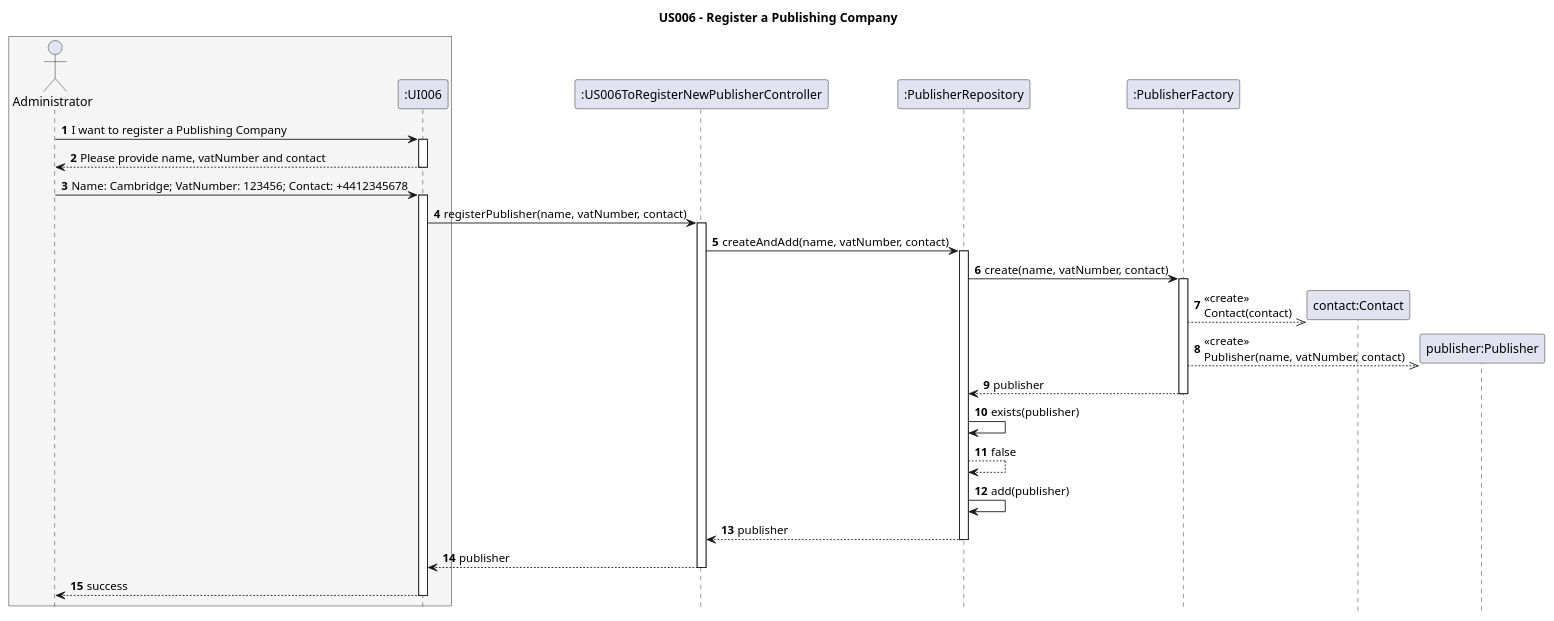
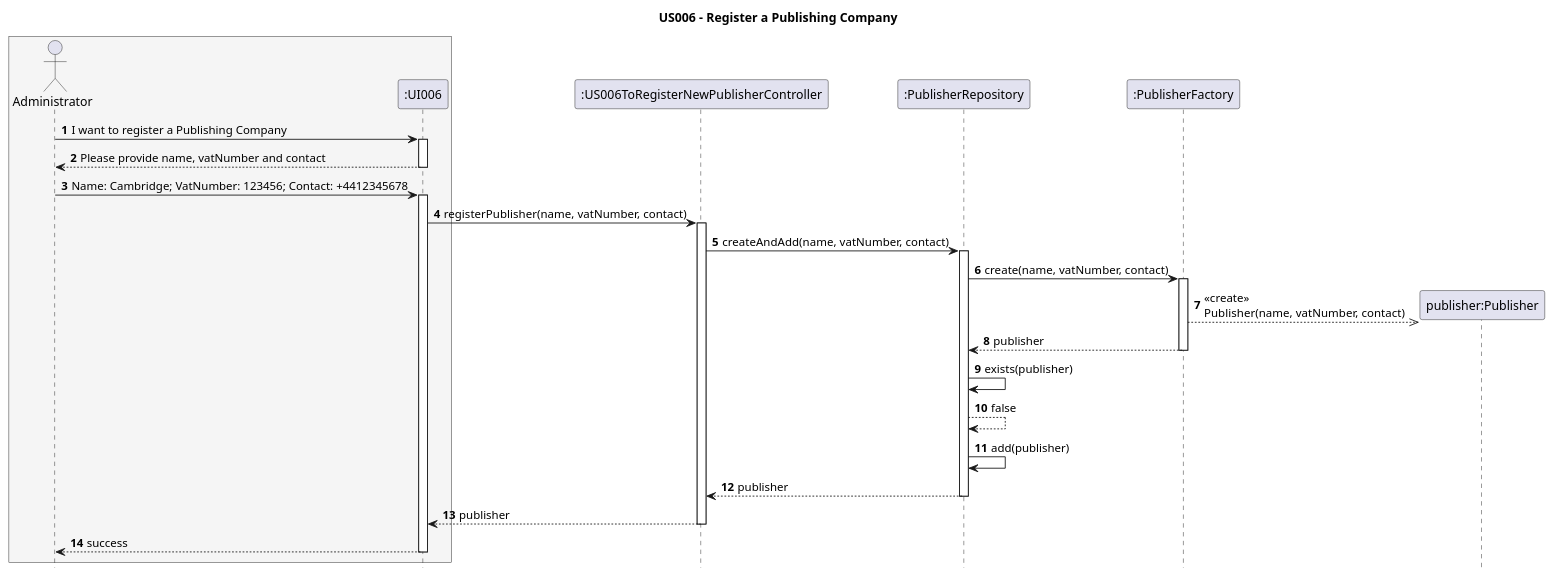
One commit to AndrePereiraGitH/SWitCH-Project-Team_A changed the diagram in Diagrams/SequenceDiagrams/N2/US006-to-register-a-publishing-company-in-the-system.puml. Above: the diagram before and after it, drawn with PlantUML. The commit also changed 4 other files, not shown here.

```diff
--- a/Diagrams/SequenceDiagrams/N2/US006-to-register-a-publishing-company-in-the-system.puml
+++ b/Diagrams/SequenceDiagrams/N2/US006-to-register-a-publishing-company-in-the-system.puml
@@ -1,46 +1,44 @@
 @startuml
 hide footbox
 autonumber
 title US006 - Register a Publishing Company
 
 box #WhiteSmoke
 actor Administrator
 participant ":UI006" as UI
 end box
 participant ":US006ToRegisterNewPublisherController" as Controller
 participant ":PublisherRepository" as PublisherRepository
 participant ":PublisherFactory" as PublisherFactory
-participant "contact:Contact" as Contact
 participant "publisher:Publisher" as Publisher
 
 Administrator -> UI : I want to register a Publishing Company
 activate UI
 UI --> Administrator : Please provide name, vatNumber and contact
 deactivate UI
 
 Administrator -> UI : Name: Cambridge; VatNumber: 123456; Contact: +4412345678
 activate UI
 UI -> Controller : registerPublisher(name, vatNumber, contact)
 activate Controller
 
 Controller -> PublisherRepository : createAndAdd(name, vatNumber, contact)
 activate PublisherRepository
 
 PublisherRepository -> PublisherFactory : create(name, vatNumber, contact)
 activate PublisherFactory
-PublisherFactory -->> Contact ** : <<create>>\nContact(contact)
 PublisherFactory -->> Publisher ** : <<create>>\nPublisher(name, vatNumber, contact)
 PublisherFactory --> PublisherRepository : publisher
 deactivate PublisherFactory
 
 PublisherRepository -> PublisherRepository : exists(publisher)
 PublisherRepository --> PublisherRepository : false
 PublisherRepository -> PublisherRepository : add(publisher)
 PublisherRepository --> Controller : publisher
 deactivate PublisherRepository
 
 Controller --> UI : publisher
 deactivate Controller
 UI --> Administrator : success
 deactivate UI
 @enduml
```
